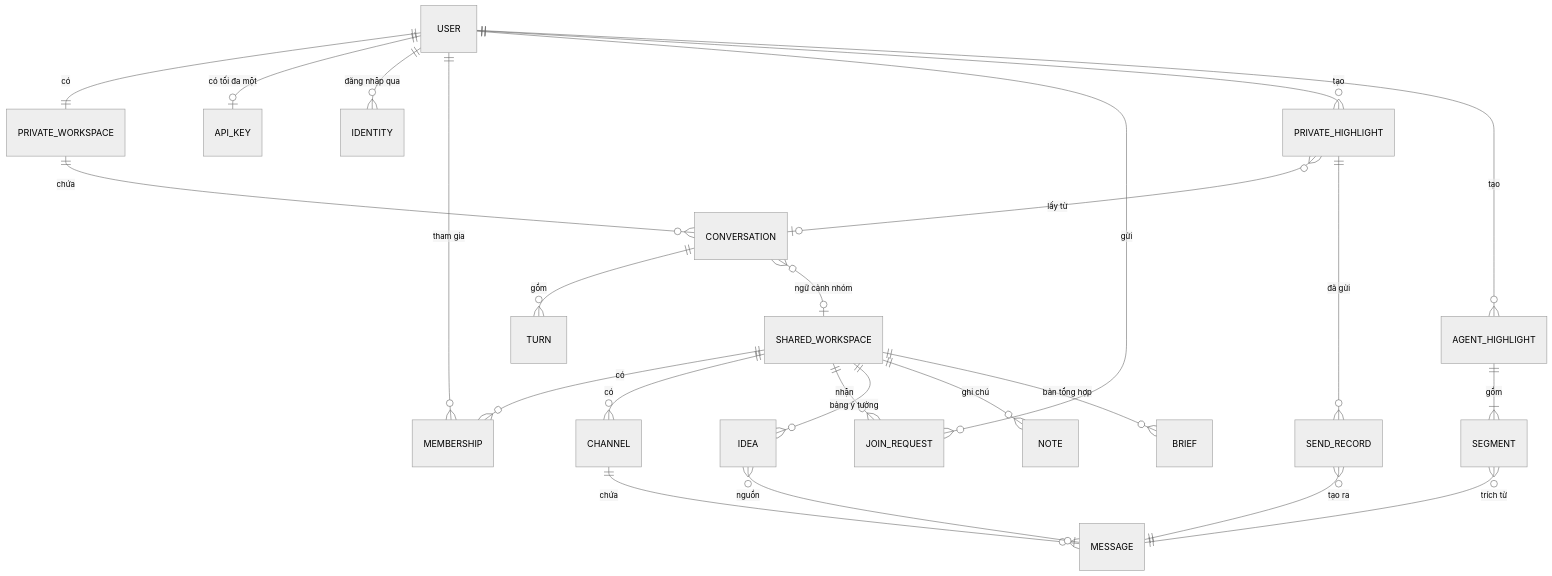
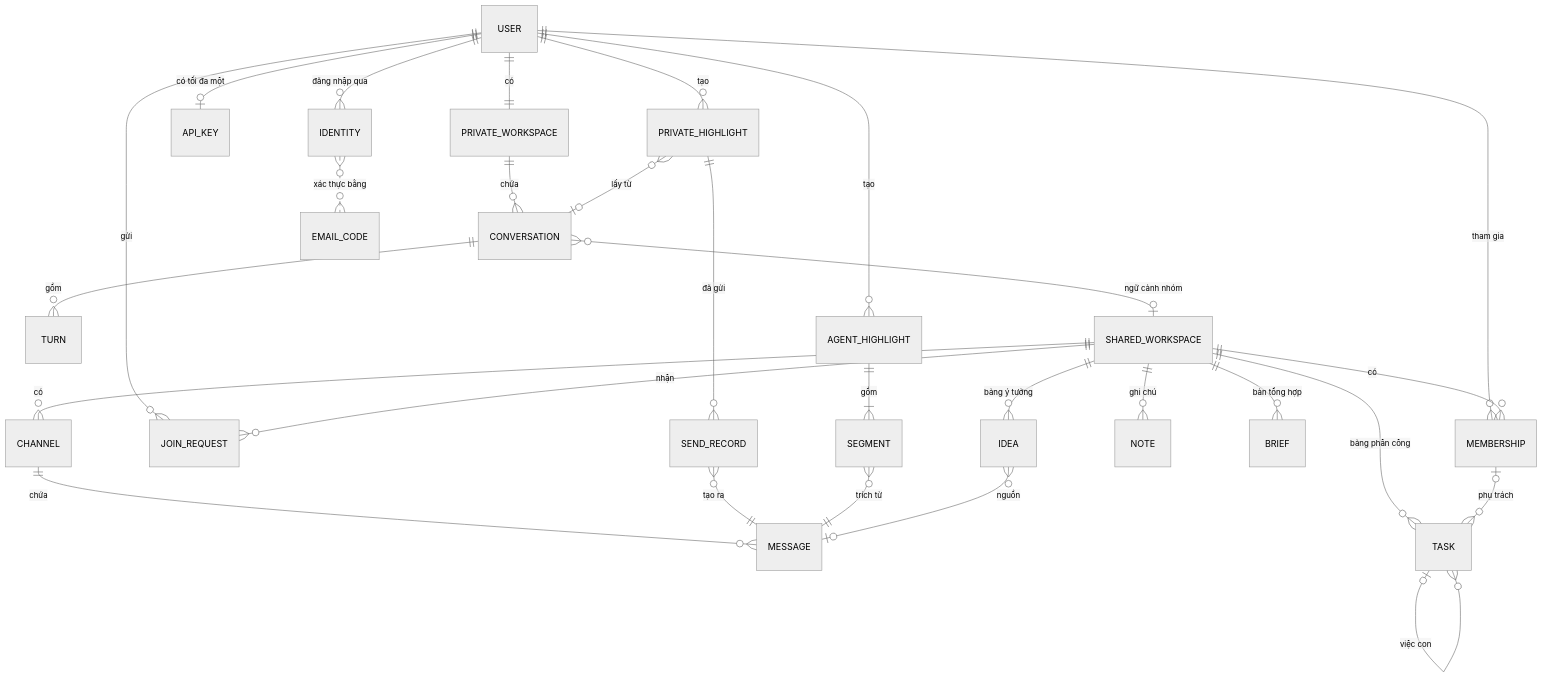
The first of 8 diagrams in docs/functional_spec.md (Jin2509/Specgate_BlackBoard), drawn with Mermaid (neutral theme) before and after one commit. The commit also changed other lines of this file and 39 other files, not shown here.

````diff
--- a/docs/functional_spec.md
+++ b/docs/functional_spec.md
@@ -134,26 +141,30 @@
 ```mermaid
 erDiagram
     USER ||--|| PRIVATE_WORKSPACE : "có"
     USER ||--o| API_KEY : "có tối đa một"
     USER ||--o{ IDENTITY : "đăng nhập qua"
     USER ||--o{ MEMBERSHIP : "tham gia"
     USER ||--o{ JOIN_REQUEST : "gửi"
     PRIVATE_WORKSPACE ||--o{ CONVERSATION : "chứa"
     CONVERSATION ||--o{ TURN : "gồm"
     CONVERSATION }o--o| SHARED_WORKSPACE : "ngữ cảnh nhóm"
     USER ||--o{ PRIVATE_HIGHLIGHT : "tạo"
     PRIVATE_HIGHLIGHT }o--o| CONVERSATION : "lấy từ"
     PRIVATE_HIGHLIGHT ||--o{ SEND_RECORD : "đã gửi"
     SHARED_WORKSPACE ||--o{ MEMBERSHIP : "có"
     SHARED_WORKSPACE ||--o{ CHANNEL : "có"
     SHARED_WORKSPACE ||--o{ JOIN_REQUEST : "nhận"
     SHARED_WORKSPACE ||--o{ IDEA : "bảng ý tưởng"
     SHARED_WORKSPACE ||--o{ NOTE : "ghi chú"
     SHARED_WORKSPACE ||--o{ BRIEF : "bản tổng hợp"
     CHANNEL ||--o{ MESSAGE : "chứa"
     SEND_RECORD }o--|| MESSAGE : "tạo ra"
     USER ||--o{ AGENT_HIGHLIGHT : "tạo"
     AGENT_HIGHLIGHT ||--|{ SEGMENT : "gồm"
     SEGMENT }o--|| MESSAGE : "trích từ"
     IDEA }o--o| MESSAGE : "nguồn"
+    SHARED_WORKSPACE ||--o{ TASK : "bảng phân công"
+    TASK |o--o{ TASK : "việc con"
+    MEMBERSHIP |o--o{ TASK : "phụ trách"
+    IDENTITY }o..o{ EMAIL_CODE : "xác thực bằng"
 ```
````
